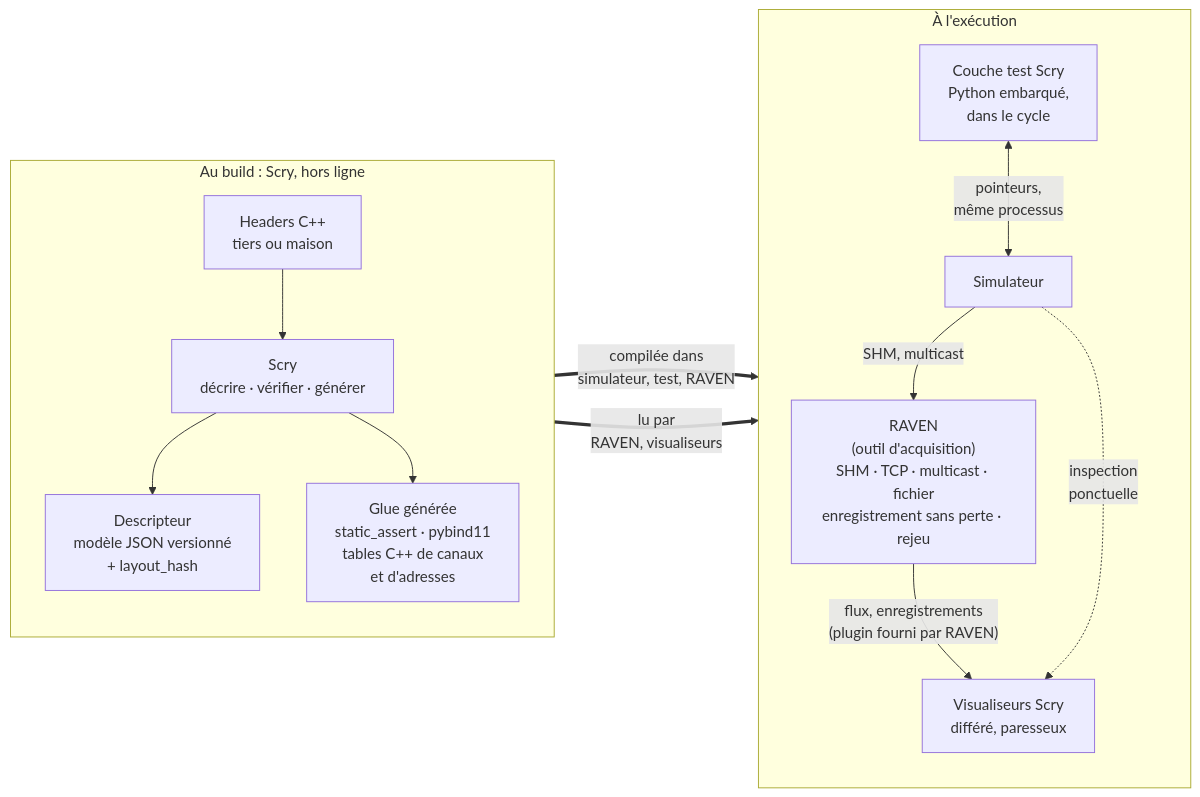
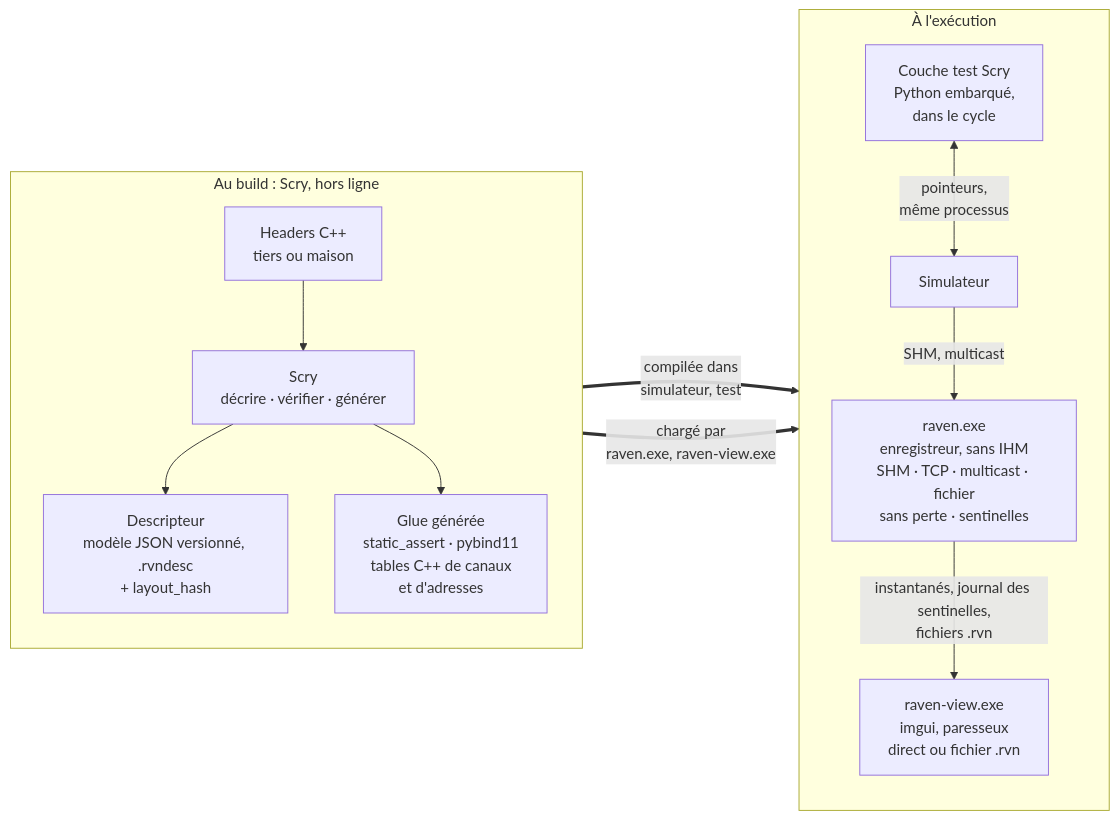
Before and after one commit to benhizia/scry: the diagram in docs/ARCHITECTURE_BRIQUES.md, drawn with Mermaid. The commit also changed other lines of this file and 2 other files, not shown here.

Commit message:
docs: RAVEN en deux exécutables, descripteur chargé, contour fonctionnel
raven.exe enregistre sans IHM et calcule les sentinelles ; raven-view.exe
visualise en direct ou depuis un .rvn. Le descripteur .rvndesc est chargé au
démarrage (tranché). Nouveau RAVEN_CONTOUR.md : contour discuté et pistes
pour la suite.

Claude-Session: https://claude.ai/code/session_014VESREkf9uTnw6VSKJo7DR

````diff
--- a/docs/ARCHITECTURE_BRIQUES.md
+++ b/docs/ARCHITECTURE_BRIQUES.md
@@ -112,24 +112,23 @@
 ```mermaid
 flowchart LR
     subgraph BUILD["Au build : Scry, hors ligne"]
         direction TB
         H["Headers C++<br/>tiers ou maison"] --> S["Scry<br/>décrire · vérifier · générer"]
-        S --> D["Descripteur<br/>modèle JSON versionné<br/>+ layout_hash"]
+        S --> D["Descripteur<br/>modèle JSON versionné, .rvndesc<br/>+ layout_hash"]
         S --> G["Glue générée<br/>static_assert · pybind11<br/>tables C++ de canaux<br/>et d'adresses"]
     end
 
     subgraph RUN["À l'exécution"]
         direction TB
         T["Couche test Scry<br/>Python embarqué,<br/>dans le cycle"]
         SIM["Simulateur"]
-        A["RAVEN<br/>(outil d'acquisition)<br/>SHM · TCP · multicast · fichier<br/>enregistrement sans perte · rejeu"]
-        V["Visualiseurs Scry<br/>différé, paresseux"]
+        A["raven.exe<br/>enregistreur, sans IHM<br/>SHM · TCP · multicast · fichier<br/>sans perte · sentinelles"]
+        V["raven-view.exe<br/>imgui, paresseux<br/>direct ou fichier .rvn"]
         T <-- "pointeurs,<br/>même processus" --> SIM
         SIM -- "SHM, multicast" --> A
-        A -- "flux, enregistrements<br/>(plugin fourni par RAVEN)" --> V
-        SIM -. "inspection<br/>ponctuelle" .-> V
+        A -- "instantanés, journal des sentinelles,<br/>fichiers .rvn" --> V
     end
 
-    G == "compilée dans<br/>simulateur, test, RAVEN" ==> RUN
-    D == "lu par<br/>RAVEN, visualiseurs" ==> RUN
+    G == "compilée dans<br/>simulateur, test" ==> RUN
+    D == "chargé par<br/>raven.exe, raven-view.exe" ==> RUN
 ```
````
